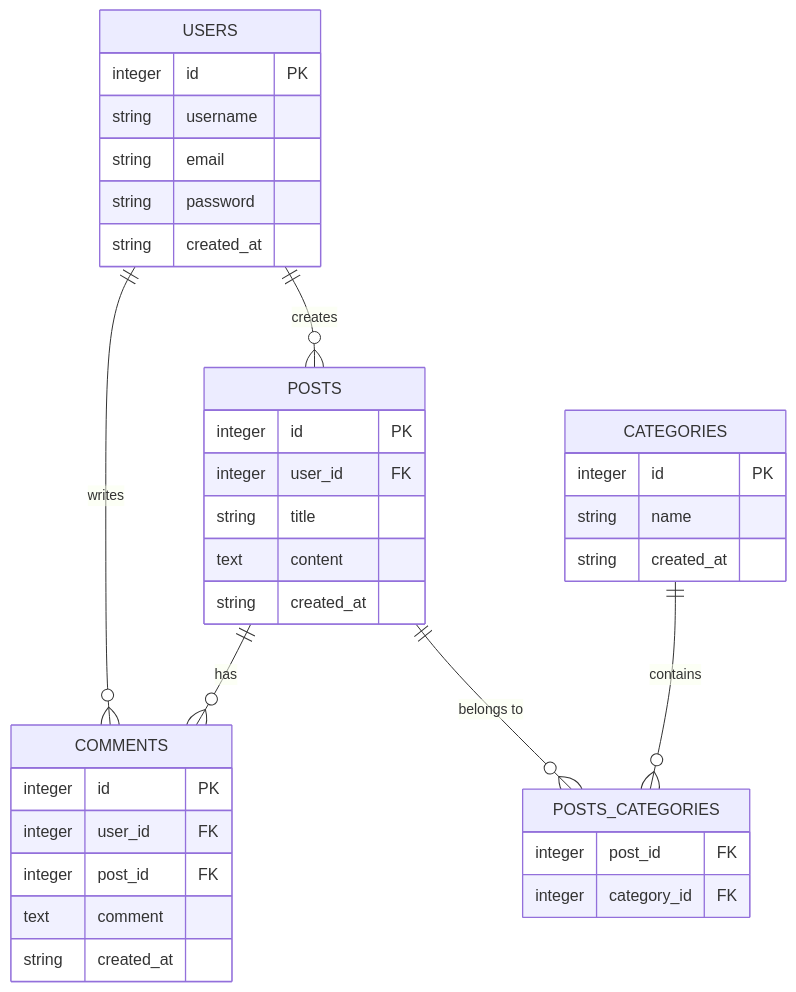
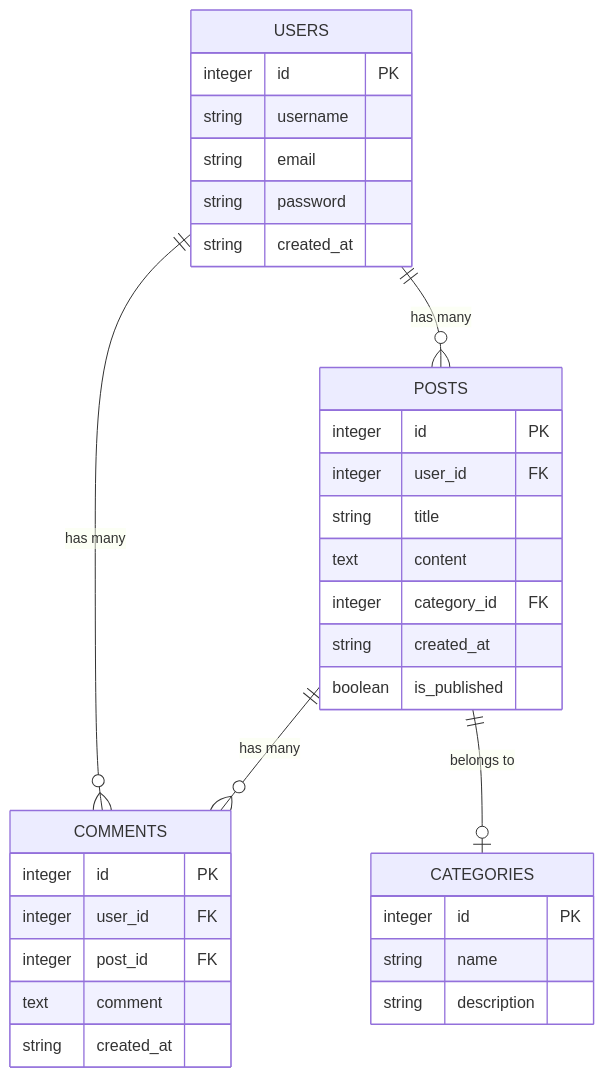
The diagram in blog-ERD.mermaid (JazziB14/blog-fullstack), drawn with Mermaid before and after one commit.

Commit message:
update mermaid

```diff
--- a/blog-ERD.mermaid
+++ b/blog-ERD.mermaid
@@ -1,41 +1,38 @@
 erDiagram
     USERS {
         integer id PK
         string username
         string email
         string password
         string created_at
     }
 
     POSTS {
         integer id PK
         integer user_id FK
         string title
         text content
+        integer category_id FK
         string created_at
+        boolean is_published
     }
 
     COMMENTS {
         integer id PK
         integer user_id FK
         integer post_id FK
         text comment
         string created_at
     }
 
     CATEGORIES {
         integer id PK
         string name
-        string created_at
+        string description
     }
 
-    POSTS_CATEGORIES {
-        integer post_id FK
-        integer category_id FK
-    }
 
-    USERS ||--o{ POSTS : "creates"
-    USERS ||--o{ COMMENTS : "writes"
-    POSTS ||--o{ COMMENTS : "has"
-    POSTS ||--o{ POSTS_CATEGORIES : "belongs to"
-    CATEGORIES ||--o{ POSTS_CATEGORIES : "contains"
+    USERS ||--o{ POSTS : "has many"
+    USERS ||--o{ COMMENTS : "has many"
+    POSTS ||--o{ COMMENTS : "has many"
+    POSTS ||--o| CATEGORIES : "belongs to"
```
